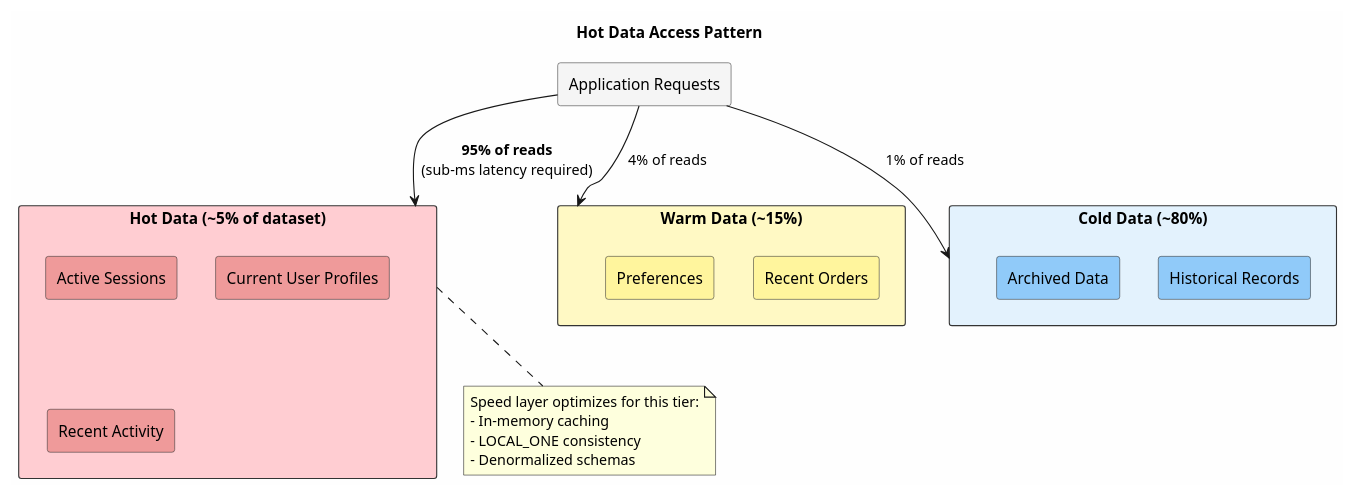
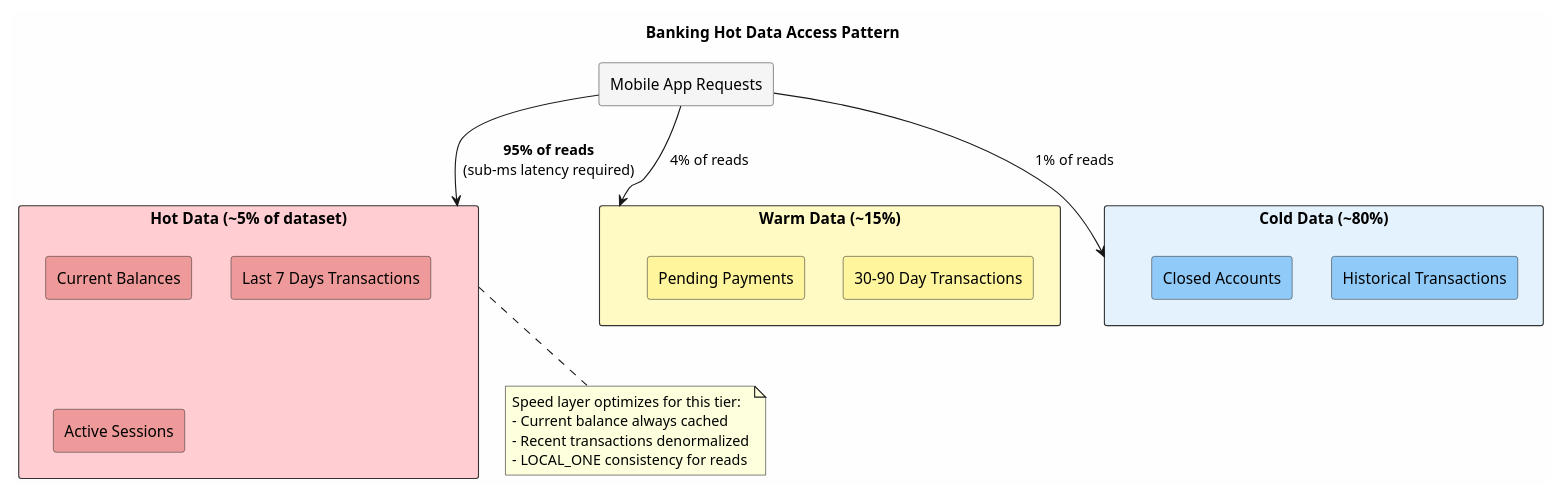
The third of 12 diagrams in docs/data-platforms/cassandra/application-development/patterns/speed-layer.md (axonops/documentation), drawn with PlantUML before and after one commit. The commit also changed other lines of this file, not shown here.

Commit message:
Update speed-layer pattern: bank transactions with static columns for balance

````diff
--- a/docs/data-platforms/cassandra/application-development/patterns/speed-layer.md
+++ b/docs/data-platforms/cassandra/application-development/patterns/speed-layer.md
@@ -204,40 +231,40 @@
 ```plantuml
 @startuml
 skinparam backgroundColor #FEFEFE
 skinparam rectangle {
     BackgroundColor #F5F5F5
     BorderColor #333333
 }
 
-title Hot Data Access Pattern
+title Banking Hot Data Access Pattern
 
-rectangle "Application Requests" as app
+rectangle "Mobile App Requests" as app
 
 rectangle "Hot Data (~5% of dataset)" as hot #FFCDD2 {
+    rectangle "Current Balances" as bal #EF9A9A
+    rectangle "Last 7 Days Transactions" as recent #EF9A9A
     rectangle "Active Sessions" as sess #EF9A9A
-    rectangle "Current User Profiles" as prof #EF9A9A
-    rectangle "Recent Activity" as act #EF9A9A
 }
 
 rectangle "Warm Data (~15%)" as warm #FFF9C4 {
-    rectangle "Recent Orders" as ord #FFF59D
-    rectangle "Preferences" as pref #FFF59D
+    rectangle "30-90 Day Transactions" as trans #FFF59D
+    rectangle "Pending Payments" as pend #FFF59D
 }
 
 rectangle "Cold Data (~80%)" as cold #E3F2FD {
-    rectangle "Historical Records" as hist #90CAF9
-    rectangle "Archived Data" as arch #90CAF9
+    rectangle "Historical Transactions" as hist #90CAF9
+    rectangle "Closed Accounts" as arch #90CAF9
 }
 
 app --> hot : **95% of reads**\n(sub-ms latency required)
 app --> warm : 4% of reads
 app --> cold : 1% of reads
 
 note bottom of hot
 Speed layer optimizes for this tier:
-- In-memory caching
-- LOCAL_ONE consistency
-- Denormalized schemas
+- Current balance always cached
+- Recent transactions denormalized
+- LOCAL_ONE consistency for reads
 end note
 @enduml
 ```
````
